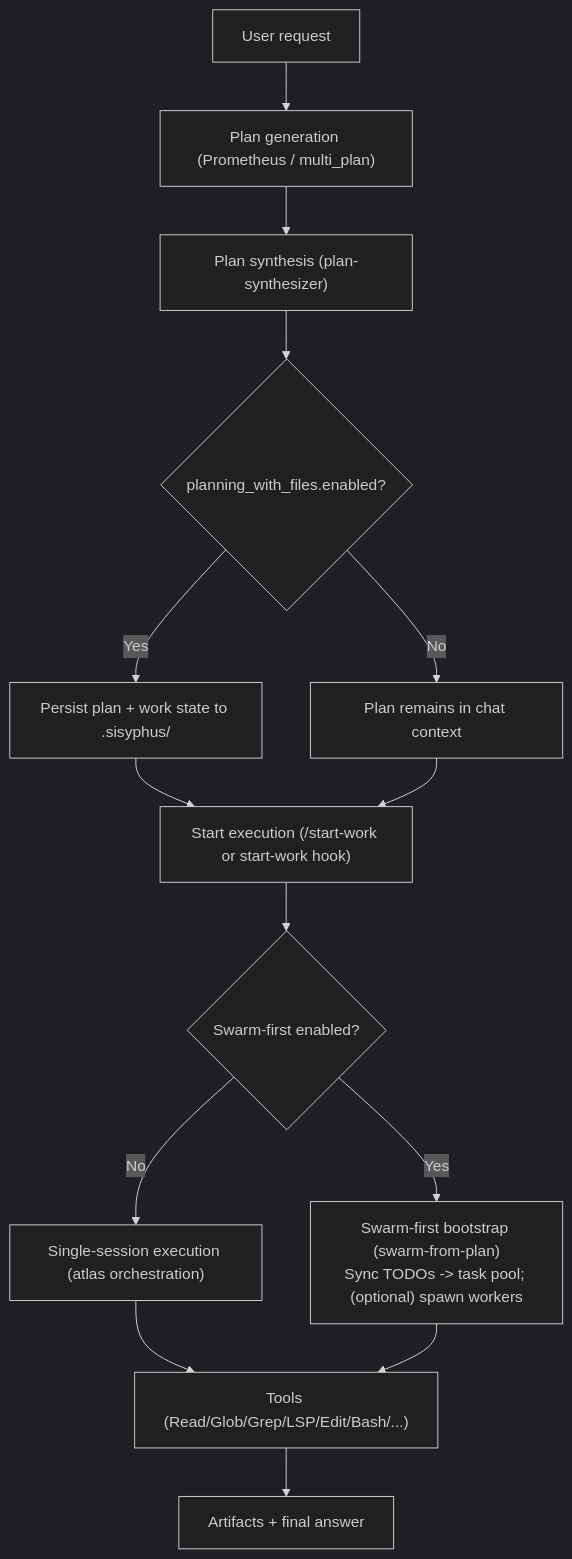
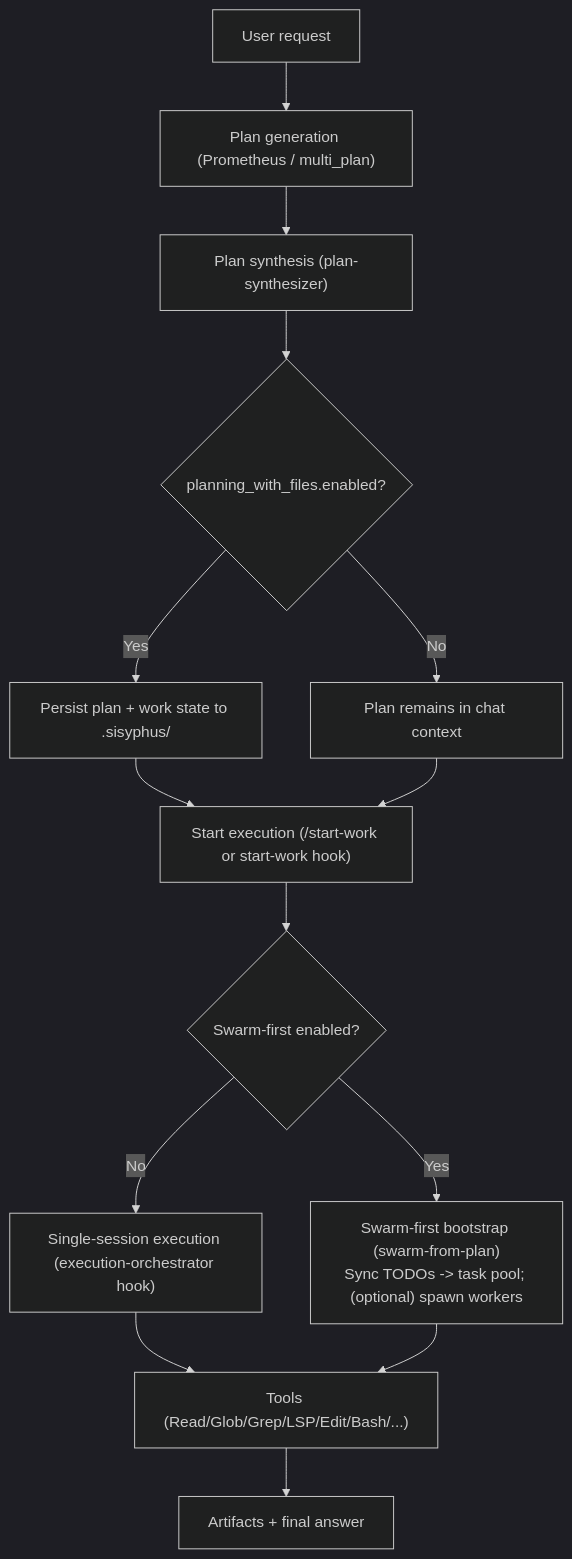
The diagram in docs/journeys/planning-to-execution.md (arcthur/oh-my-opencode), drawn with Mermaid (dark theme) before and after one commit. The commit also changed other lines of this file and 100 other files, not shown here.

First line of the commit message:
refactor: remove Atlas agent and call_omo_agent, clarify orchestrator boundaries

````diff
--- a/docs/journeys/planning-to-execution.md
+++ b/docs/journeys/planning-to-execution.md
@@ -10,20 +10,20 @@
 ```mermaid
 flowchart TD
   U["User request"] --> PG["Plan generation (Prometheus / multi_plan)"]
   PG --> PS["Plan synthesis (plan-synthesizer)"]
 
   PS --> PWF{"planning_with_files.enabled?"}
   PWF -->|Yes| FS["Persist plan + work state to .sisyphus/"]
   PWF -->|No| CH["Plan remains in chat context"]
 
   FS --> SW["Start execution (/start-work or start-work hook)"]
   CH --> SW
 
   SW --> MODE{"Swarm-first enabled?"}
-  MODE -->|No| AT["Single-session execution (atlas orchestration)"]
+  MODE -->|No| AT["Single-session execution (execution-orchestrator hook)"]
   MODE -->|Yes| SF["Swarm-first bootstrap (swarm-from-plan)\nSync TODOs -> task pool; (optional) spawn workers"]
 
   AT --> TOOL["Tools (Read/Glob/Grep/LSP/Edit/Bash/...)"]
   SF --> TOOL
   TOOL --> OUT["Artifacts + final answer"]
 ```
````
